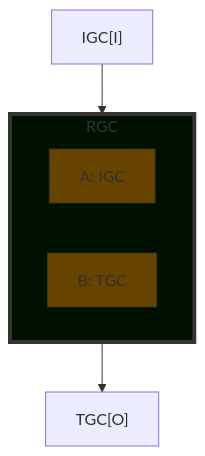
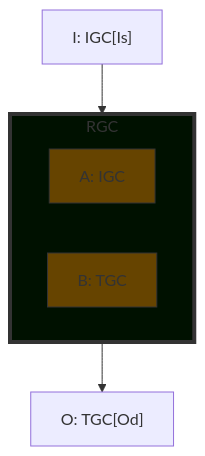
One commit to Shapedsundew9/erasmus-gp changed the first of 6 diagrams in egppy/egppy/physics/docs/insertion.md. Above: the diagram before and after it, drawn with Mermaid. The commit also changed other lines of this file and 18 other files, not shown here.

First line of the commit message:
WIP: Refactor genetic code connection graph and insertion logic

````diff
--- a/egppy/egppy/physics/docs/insertion.md
+++ b/egppy/egppy/physics/docs/insertion.md
@@ -57,21 +51,21 @@
 ```mermaid
 %% Insertion Case 0: Stack
 flowchart TB
-    I["IGC[I]"]
+    I["I: IGC[Is]"]
     subgraph RGC
         direction RL
         GCA["A: IGC"]
         GCB["B: TGC"]
     end
-    O["TGC[O]"]
+    O["O: TGC[Od]"]
     I --> RGC --> O
 
 classDef newGC fill:#010,stroke:#333,stroke-width:4px
 classDef newRow fill:#010,stroke:#333,stroke-width:1px
 classDef modified fill:#640,stroke:#333,stroke-width:1px
 classDef unchanged fill:#000,stroke:#333,stroke-width:1px
 
 class RGC newGC
 class GCA modified
 class GCB modified
 ```
````
